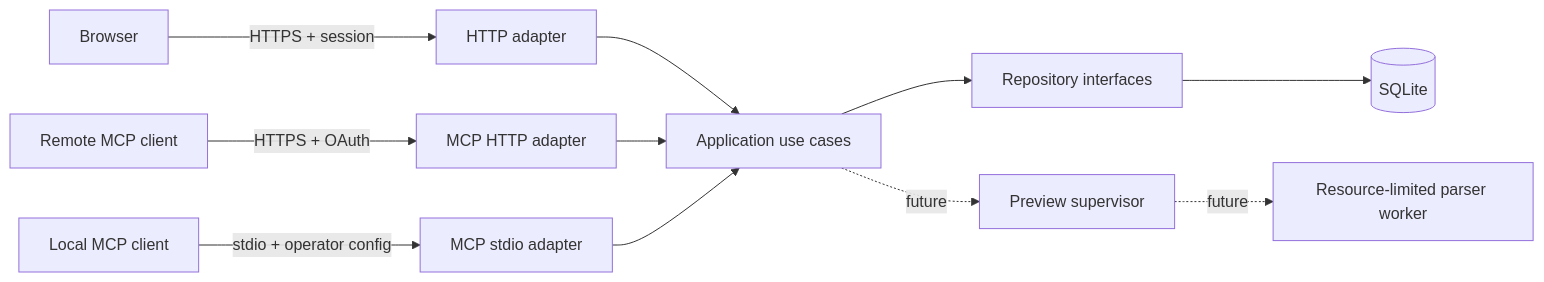
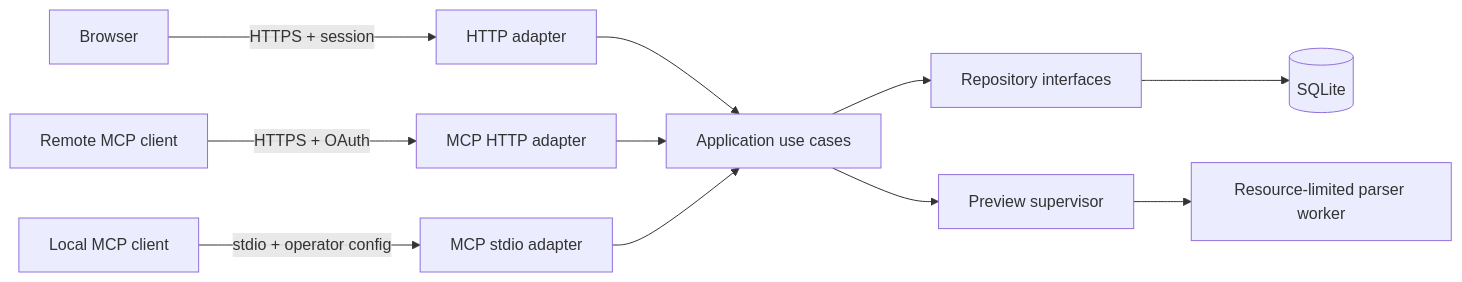
The diagram in docs/architecture.md (romprod/application-tracker), drawn with Mermaid before and after one commit. The commit also changed other lines of this file and 8 other files, not shown here.

````diff
--- a/docs/architecture.md
+++ b/docs/architecture.md
@@ -23,13 +23,13 @@
 ```mermaid
 flowchart LR
   Browser["Browser"] -->|"HTTPS + session"| HTTP["HTTP adapter"]
   RemoteMCP["Remote MCP client"] -->|"HTTPS + OAuth"| MCPHTTP["MCP HTTP adapter"]
   LocalMCP["Local MCP client"] -->|"stdio + operator config"| MCPStdio["MCP stdio adapter"]
   HTTP --> UseCases["Application use cases"]
   MCPHTTP --> UseCases
   MCPStdio --> UseCases
   UseCases --> Repositories["Repository interfaces"]
   Repositories --> SQLite[("SQLite")]
-  UseCases -. future .-> PreviewQueue["Preview supervisor"]
-  PreviewQueue -. future .-> Worker["Resource-limited parser worker"]
+  UseCases --> PreviewQueue["Preview supervisor"]
+  PreviewQueue --> Worker["Resource-limited parser worker"]
 ```
````
